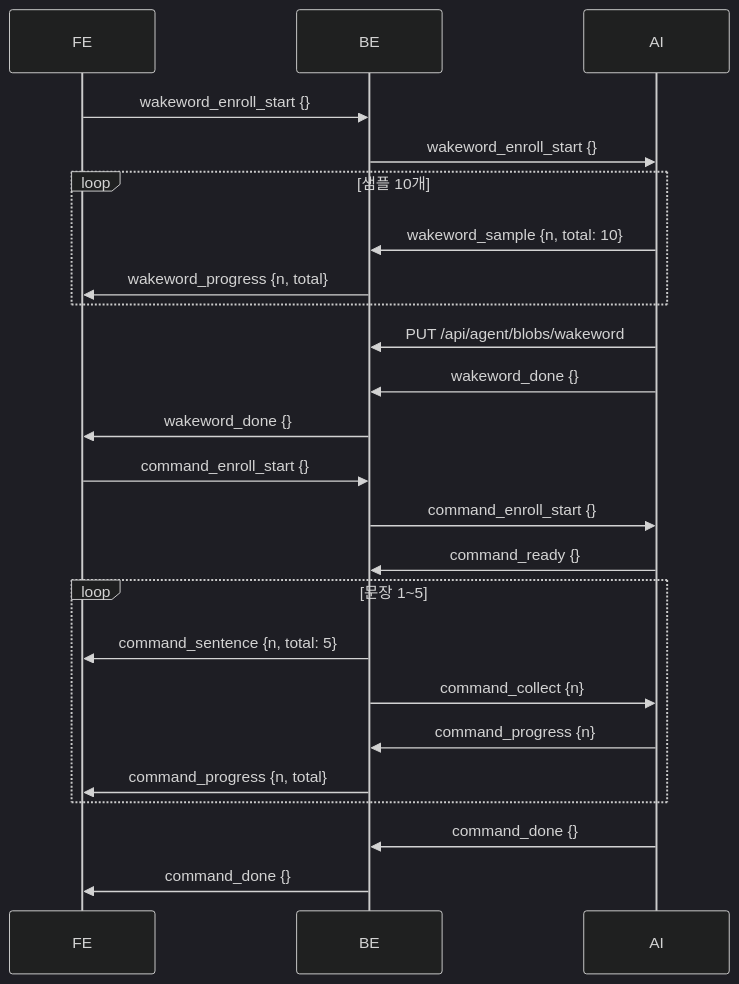
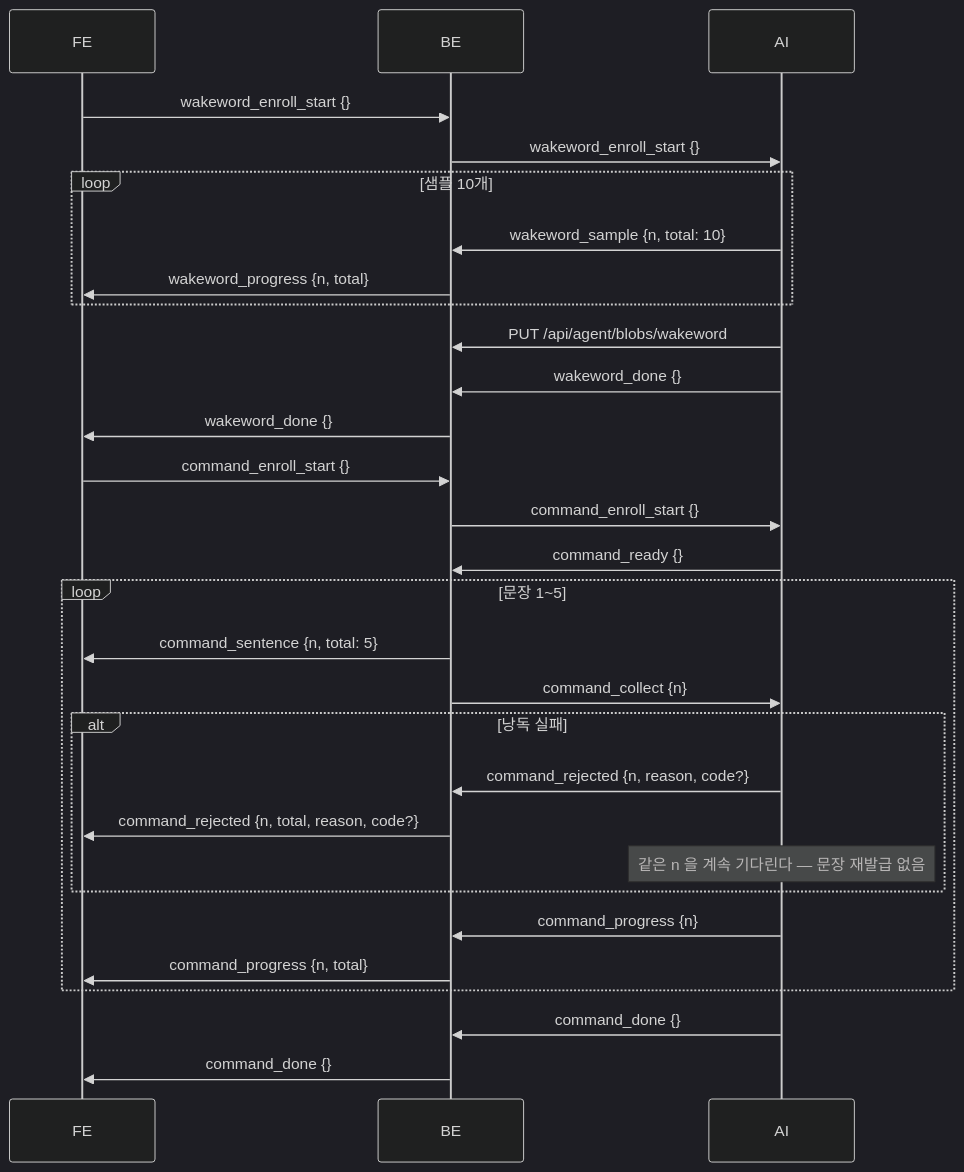
One commit to 42JH/SIA changed the eighth of 12 diagrams in Backend/docs/프로토콜.md. Above: the diagram before and after it, drawn with Mermaid (dark theme). The commit also changed other lines of this file and 1 other file, not shown here.

Commit message:
S15P21D106-215 docs(BE): 프로토콜·API 명세서에 command_rejected 를 반영한다
AI→BE·BE→FE 표와 §8.7 시퀀스에 낭독 실패 분기를 넣는다.
같은 §8.7 의 voice_quality_warn 중계 줄에 빠져 있던 페이로드도 함께 채운다.

````diff
--- a/Backend/docs/프로토콜.md
+++ b/Backend/docs/프로토콜.md
@@ -967,26 +969,31 @@
 ```mermaid
 sequenceDiagram
     participant FE
     participant BE
     participant AI
     FE->>BE: wakeword_enroll_start {}
     BE->>AI: wakeword_enroll_start {}
     loop 샘플 10개
         AI->>BE: wakeword_sample {n, total: 10}
         BE->>FE: wakeword_progress {n, total}
     end
     AI->>BE: PUT /api/agent/blobs/wakeword
     AI->>BE: wakeword_done {}
     BE->>FE: wakeword_done {}
     FE->>BE: command_enroll_start {}
     BE->>AI: command_enroll_start {}
     AI->>BE: command_ready {}
     loop 문장 1~5
         BE->>FE: command_sentence {n, total: 5}
         BE->>AI: command_collect {n}
+        alt 낭독 실패
+            AI->>BE: command_rejected {n, reason, code?}
+            BE->>FE: command_rejected {n, total, reason, code?}
+            Note over AI: 같은 n 을 계속 기다린다 — 문장 재발급 없음
+        end
         AI->>BE: command_progress {n}
         BE->>FE: command_progress {n, total}
     end
     AI->>BE: command_done {}
     BE->>FE: command_done {}
 ```
````
